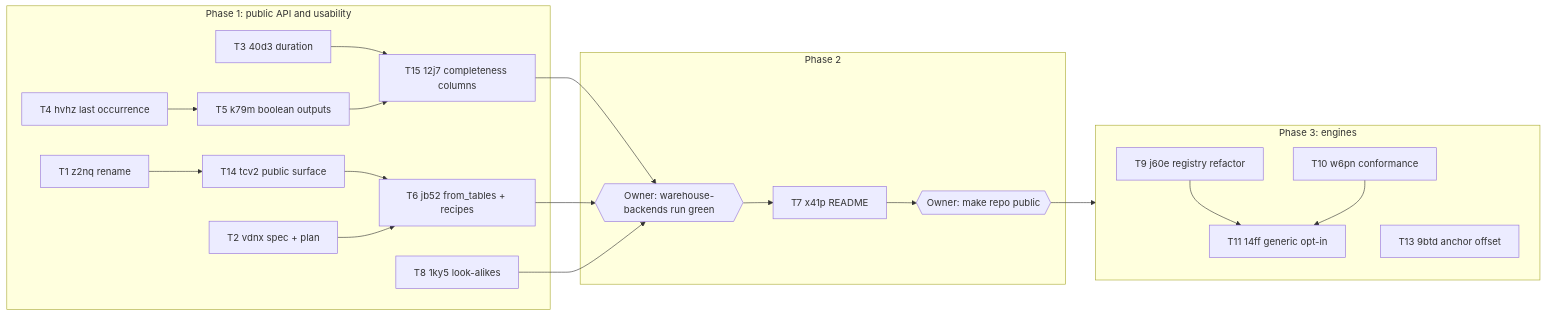
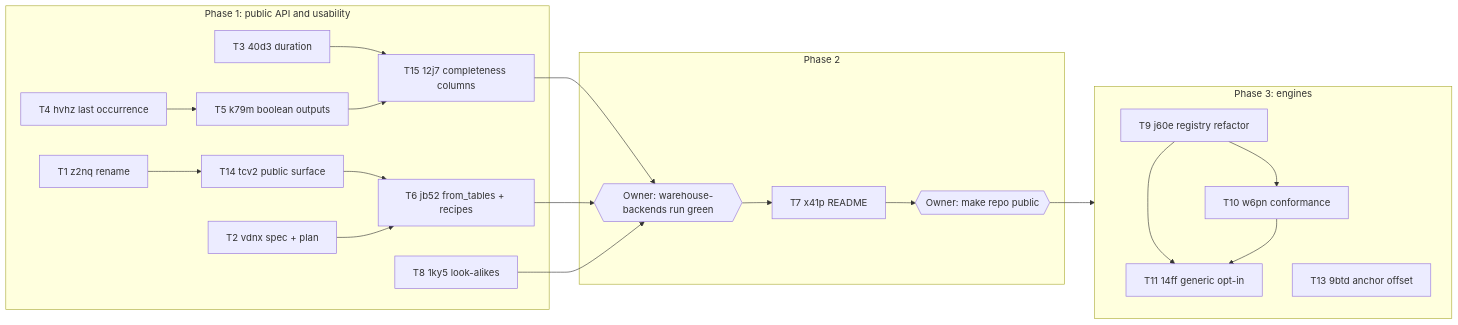
Before and after one commit to kylejcaron/terrine: the diagram in docs/superpowers/plans/2026-10-26-public-readiness.md, drawn with Mermaid. The commit also changed other lines of this file, not shown here.

````diff
--- a/docs/superpowers/plans/2026-10-26-public-readiness.md
+++ b/docs/superpowers/plans/2026-10-26-public-readiness.md
@@ -55,22 +55,22 @@
 ```mermaid
 flowchart LR
   subgraph P1[Phase 1: public API and usability]
     T1[T1 z2nq rename] --> T14[T14 tcv2 public surface] --> T6[T6 jb52 from_tables + recipes]
     T2[T2 vdnx spec + plan] --> T6
     T3[T3 40d3 duration] --> T15[T15 12j7 completeness columns]
     T4[T4 hvhz last occurrence] --> T5[T5 k79m boolean outputs] --> T15
     T8[T8 1ky5 look-alikes]
   end
   subgraph P2[Phase 2]
     WB{{Owner: warehouse-backends run green}} --> T7[T7 x41p README] --> PUB{{Owner: make repo public}}
   end
   subgraph P3[Phase 3: engines]
     T9[T9 j60e registry refactor] --> T11[T11 14ff generic opt-in]
-    T10[T10 w6pn conformance] --> T11
+    T9 --> T10[T10 w6pn conformance] --> T11
     T13[T13 9btd anchor offset]
   end
   T15 --> WB
   T6 --> WB
   T8 --> WB
   PUB --> P3
 ```
````
